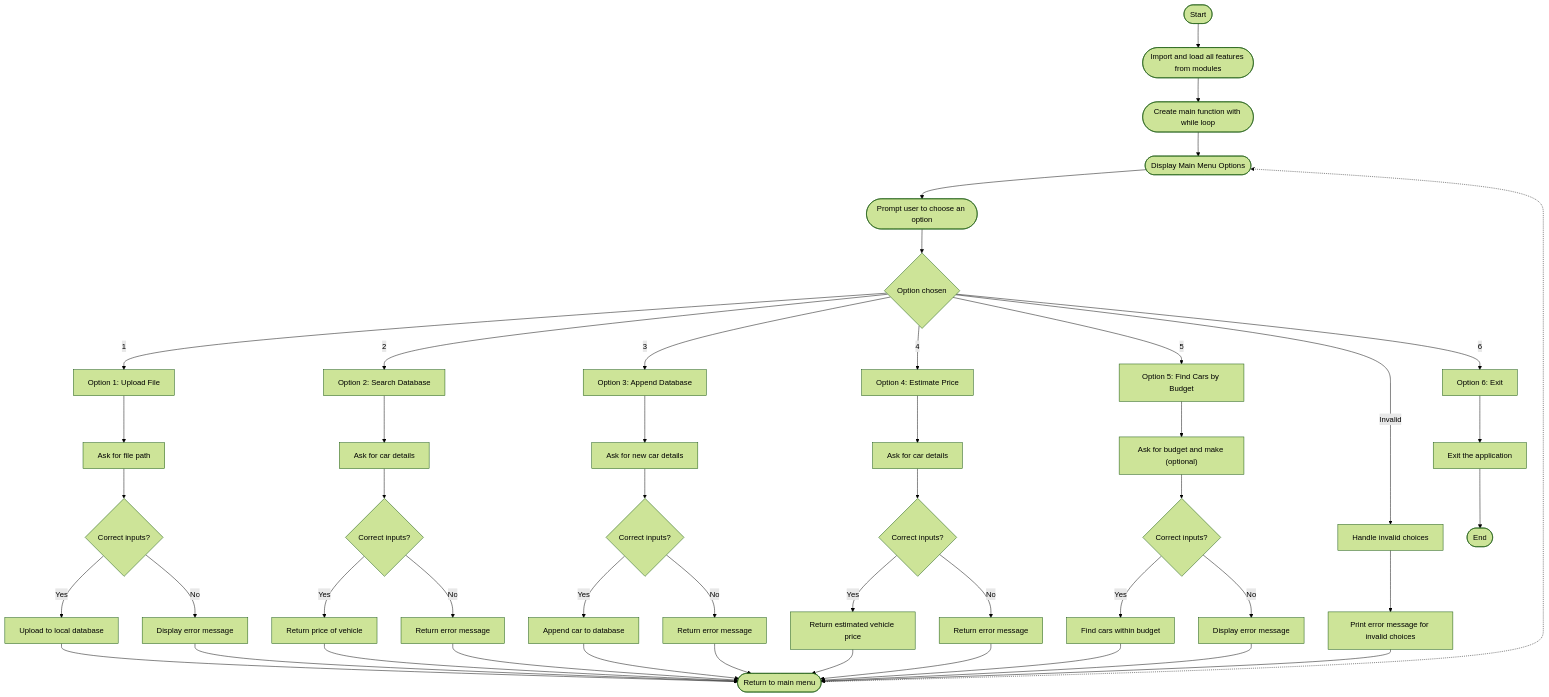
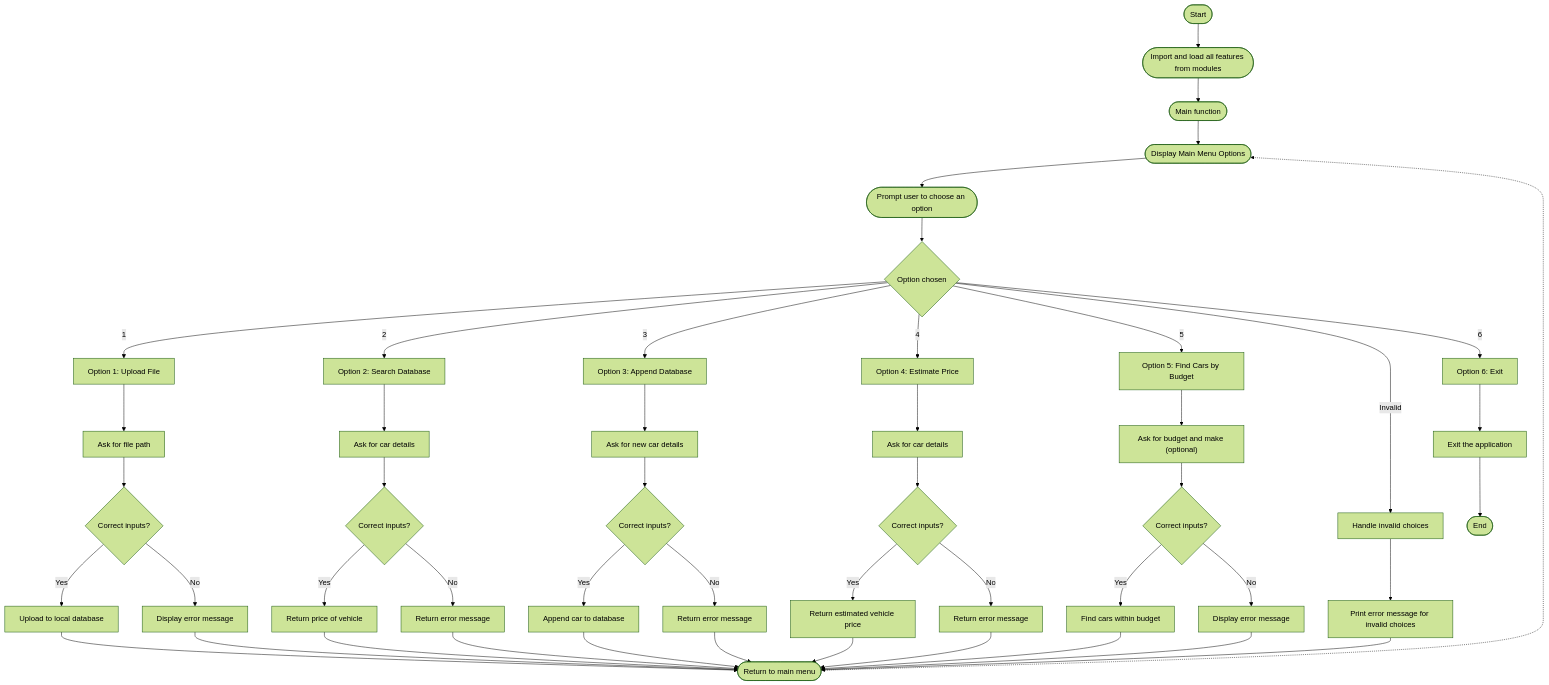
The first of 6 diagrams in README.md (Mostofa-Abedin/ShekhMostofaAbedin_T1A3), drawn with Mermaid (forest theme) before and after one commit. The commit also changed other lines of this file, not shown here.

```diff
--- a/README.md
+++ b/README.md
@@ -65,7 +65,7 @@
 graph TD
   A(["Start"])
   B(["Import and load all features from modules"])
-  C(["Create main function with while loop"])
+  C(["Main function"])
   D(["Display Main Menu Options"])
   E(["Prompt user to choose an option"])
   F{"Option chosen"}
```
